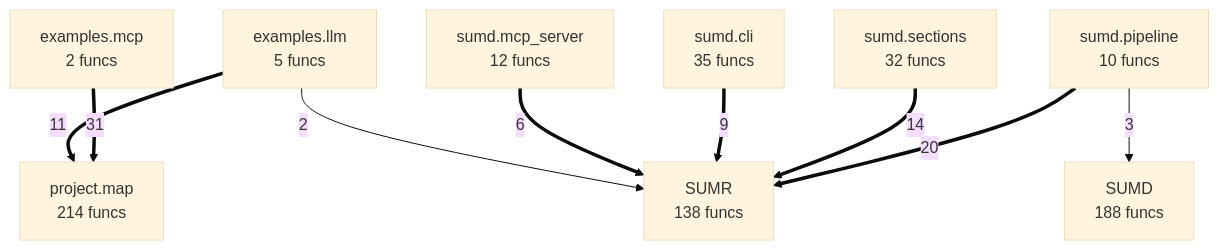
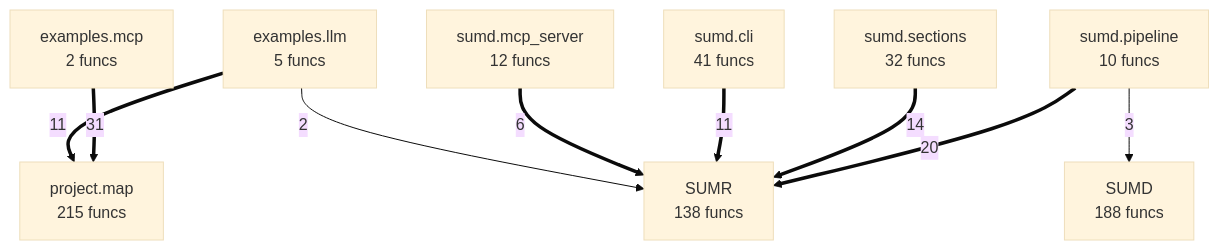
Before and after one commit to oqlos/sumd: the diagram in project/compact_flow.mmd, drawn with Mermaid (base theme). The commit also changed 27 other files, not shown here.

```diff
--- a/project/compact_flow.mmd
+++ b/project/compact_flow.mmd
@@ -1,18 +1,18 @@
 flowchart TD
     SUMD["SUMD<br/>188 funcs"]
     SUMR["SUMR<br/>138 funcs"]
     examples__llm["examples.llm<br/>5 funcs"]
     examples__mcp["examples.mcp<br/>2 funcs"]
-    project__map["project.map<br/>214 funcs"]
-    sumd__cli["sumd.cli<br/>35 funcs"]
+    project__map["project.map<br/>215 funcs"]
+    sumd__cli["sumd.cli<br/>41 funcs"]
     sumd__mcp_server["sumd.mcp_server<br/>12 funcs"]
     sumd__pipeline["sumd.pipeline<br/>10 funcs"]
     sumd__sections["sumd.sections<br/>32 funcs"]
     examples__mcp ==>|31| project__map
     sumd__pipeline ==>|20| SUMR
     sumd__sections ==>|14| SUMR
     examples__llm ==>|11| project__map
-    sumd__cli ==>|9| SUMR
+    sumd__cli ==>|11| SUMR
     sumd__mcp_server ==>|6| SUMR
     sumd__pipeline -->|3| SUMD
     examples__llm -->|2| SUMR
```
